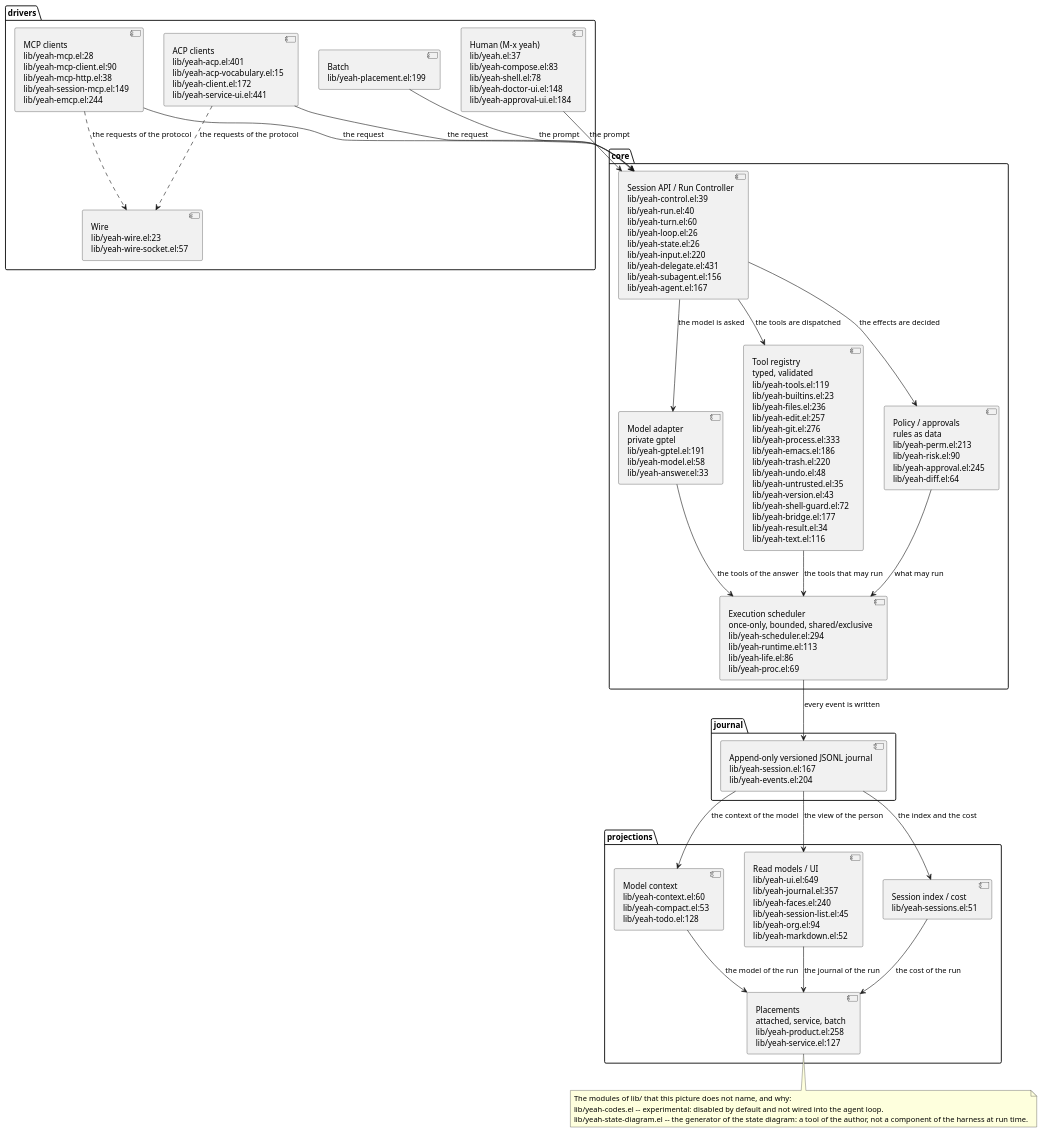
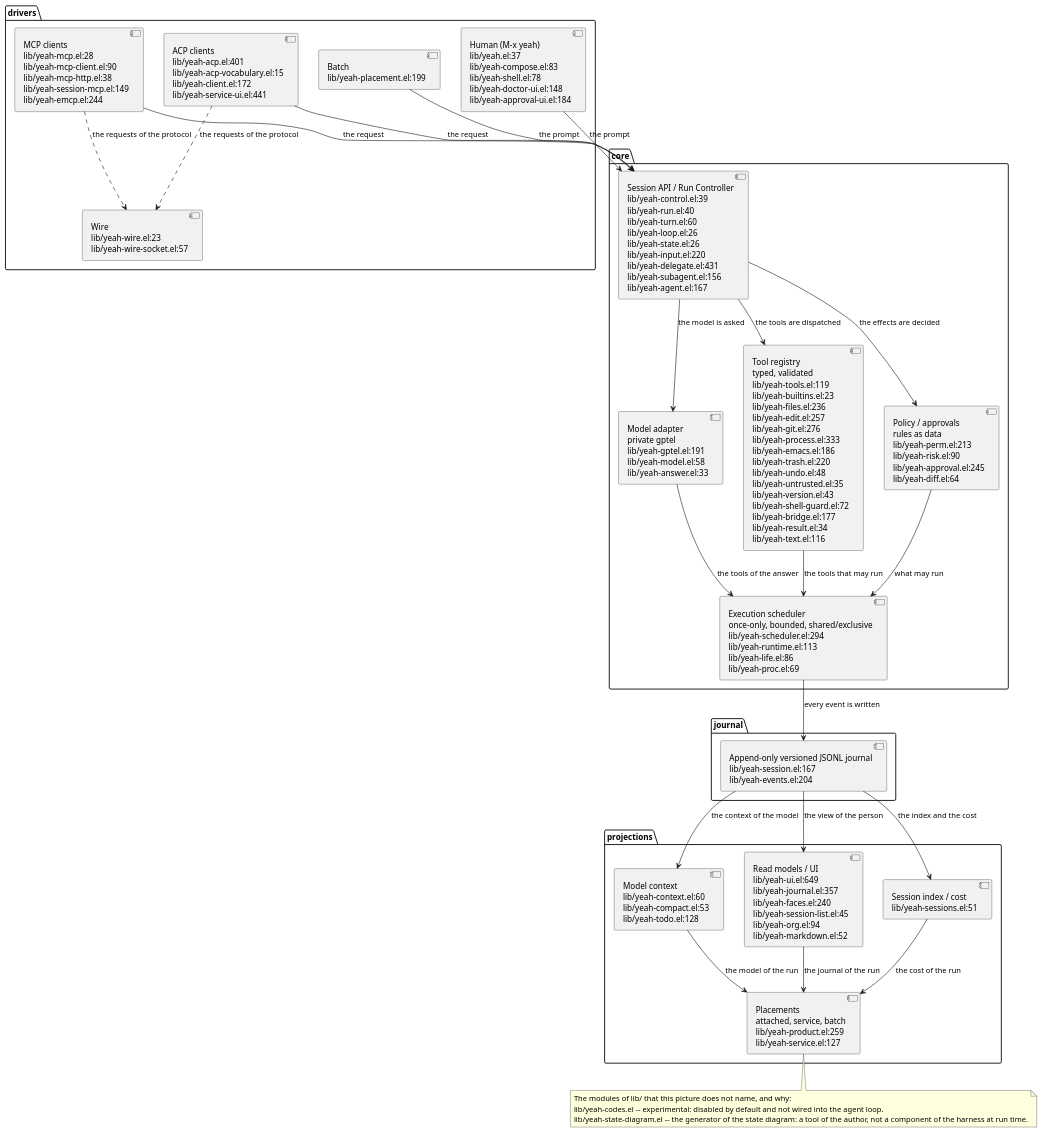
One commit to 11111000000/yeah changed the diagram in site/diagrams/core-layers.puml. Above: the diagram before and after it, drawn with PlantUML.

Commit message:
fix(diagram): the picture names the code where it is now

```diff
--- a/site/diagrams/core-layers.puml
+++ b/site/diagrams/core-layers.puml
@@ -1,69 +1,69 @@
 @startuml core-layers
 ' The layers of the core of Yeah.
 '
 ' The same picture as the ASCII figure of the site and as the component
 ' architecture of `docs/ARCHITECTURE.md' §5, in the notation of components:
 ' the drivers submit to the run controller, the controller drives the model
 ' adapter, the tool registry and the policy, the scheduler runs what may
 ' run, everything that happened is written into one journal, and the
 ' projections read the journal.
 '
 ' Every block names the files that implement it, as `file:line'.  The
 ' modules of `lib/' that this picture does not name are listed in the note
 ' at the end of this file, with the reason why they are not there.
 
 package "drivers" as drivers {
   component "Human (M-x yeah)\nlib/yeah.el:37\nlib/yeah-compose.el:83\nlib/yeah-shell.el:78\nlib/yeah-doctor-ui.el:148\nlib/yeah-approval-ui.el:184" as human
   component "ACP clients\nlib/yeah-acp.el:401\nlib/yeah-acp-vocabulary.el:15\nlib/yeah-client.el:172\nlib/yeah-service-ui.el:441" as acp
   component "MCP clients\nlib/yeah-mcp.el:28\nlib/yeah-mcp-client.el:90\nlib/yeah-mcp-http.el:38\nlib/yeah-session-mcp.el:149\nlib/yeah-emcp.el:244" as mcp
   component "Batch\nlib/yeah-placement.el:199" as batch
   component "Wire\nlib/yeah-wire.el:23\nlib/yeah-wire-socket.el:57" as wire
 }
 
 package "core" as core {
   component "Session API / Run Controller\nlib/yeah-control.el:39\nlib/yeah-run.el:40\nlib/yeah-turn.el:60\nlib/yeah-loop.el:26\nlib/yeah-state.el:26\nlib/yeah-input.el:220\nlib/yeah-delegate.el:431\nlib/yeah-subagent.el:156\nlib/yeah-agent.el:167" as controller
   component "Model adapter\nprivate gptel\nlib/yeah-gptel.el:191\nlib/yeah-model.el:58\nlib/yeah-answer.el:33" as model_adapter
   component "Tool registry\ntyped, validated\nlib/yeah-tools.el:119\nlib/yeah-builtins.el:23\nlib/yeah-files.el:236\nlib/yeah-edit.el:257\nlib/yeah-git.el:276\nlib/yeah-process.el:333\nlib/yeah-emacs.el:186\nlib/yeah-trash.el:220\nlib/yeah-undo.el:48\nlib/yeah-untrusted.el:35\nlib/yeah-version.el:43\nlib/yeah-shell-guard.el:72\nlib/yeah-bridge.el:177\nlib/yeah-result.el:34\nlib/yeah-text.el:116" as registry
   component "Policy / approvals\nrules as data\nlib/yeah-perm.el:213\nlib/yeah-risk.el:90\nlib/yeah-approval.el:245\nlib/yeah-diff.el:64" as policy
   component "Execution scheduler\nonce-only, bounded, shared/exclusive\nlib/yeah-scheduler.el:294\nlib/yeah-runtime.el:113\nlib/yeah-life.el:86\nlib/yeah-proc.el:69" as scheduler
 }
 
 package "journal" as journal {
   component "Append-only versioned JSONL journal\nlib/yeah-session.el:167\nlib/yeah-events.el:204" as log
 }
 
 package "projections" as projections {
   component "Model context\nlib/yeah-context.el:60\nlib/yeah-compact.el:53\nlib/yeah-todo.el:128" as context
   component "Read models / UI\nlib/yeah-ui.el:649\nlib/yeah-journal.el:357\nlib/yeah-faces.el:240\nlib/yeah-session-list.el:45\nlib/yeah-org.el:94\nlib/yeah-markdown.el:52" as ui
   component "Session index / cost\nlib/yeah-sessions.el:51" as sessions
-  component "Placements\nattached, service, batch\nlib/yeah-product.el:258\nlib/yeah-service.el:127" as placements
+  component "Placements\nattached, service, batch\nlib/yeah-product.el:259\nlib/yeah-service.el:127" as placements
 }
 
 human --> controller : the prompt
 acp --> controller : the request
 mcp --> controller : the request
 batch --> controller : the prompt
 acp ..> wire : the requests of the protocol
 mcp ..> wire : the requests of the protocol
 
 controller --> model_adapter : the model is asked
 controller --> registry : the tools are dispatched
 controller --> policy : the effects are decided
 model_adapter --> scheduler : the tools of the answer
 registry --> scheduler : the tools that may run
 policy --> scheduler : what may run
 scheduler --> log : every event is written
 
 log --> context : the context of the model
 log --> ui : the view of the person
 log --> sessions : the index and the cost
 context --> placements : the model of the run
 ui --> placements : the journal of the run
 sessions --> placements : the cost of the run
 
 note bottom
   The modules of lib/ that this picture does not name, and why:
   lib/yeah-codes.el -- experimental: disabled by default and not wired into the agent loop.
   lib/yeah-state-diagram.el -- the generator of the state diagram: a tool of the author, not a component of the harness at run time.
 end note
 @enduml
```
